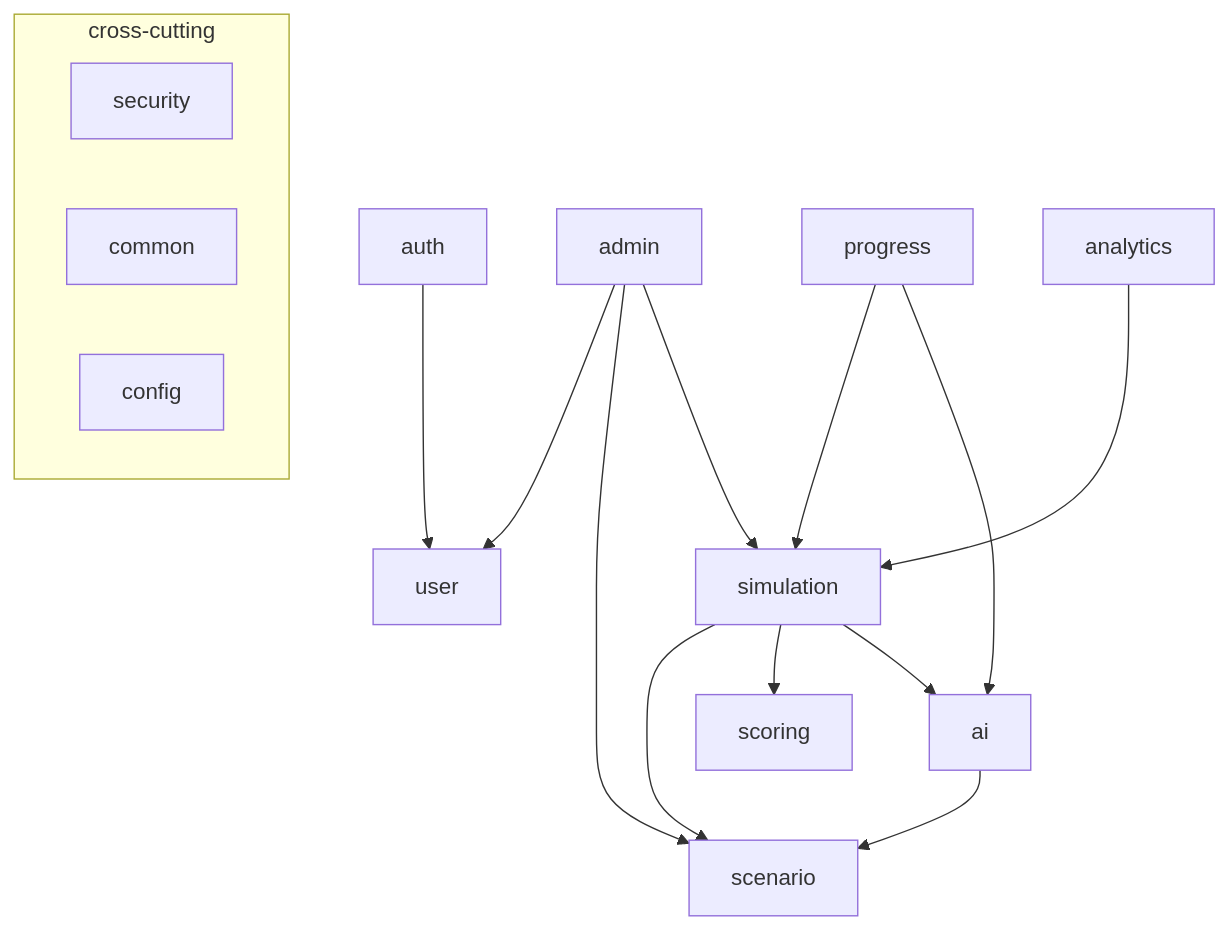
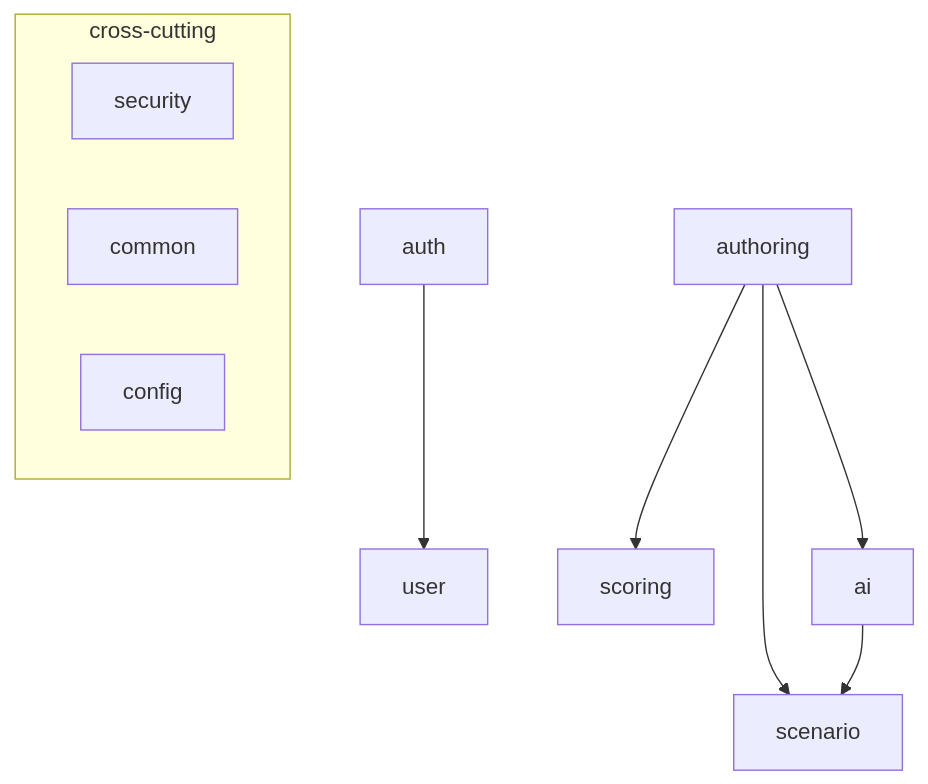
The second of 4 diagrams in docs/en/04-system-architecture.md (baghdasaryanzenfira-spec/cyber-sim), drawn with Mermaid before and after one commit. The commit also changed other lines of this file and 37 other files, not shown here.

````diff
--- a/docs/en/04-system-architecture.md
+++ b/docs/en/04-system-architecture.md
@@ -52,19 +60,13 @@
 ```mermaid
 flowchart TB
   auth --> user
-  admin --> user
-  admin --> scenario
-  admin --> simulation
-  simulation --> scenario
-  simulation --> scoring
-  simulation --> ai
+  authoring --> scenario
+  authoring --> scoring
+  authoring --> ai
   ai --> scenario
-  progress --> simulation
-  progress --> ai
-  analytics --> simulation
   subgraph cross-cutting
     security
     common
     config
   end
 ```
````
